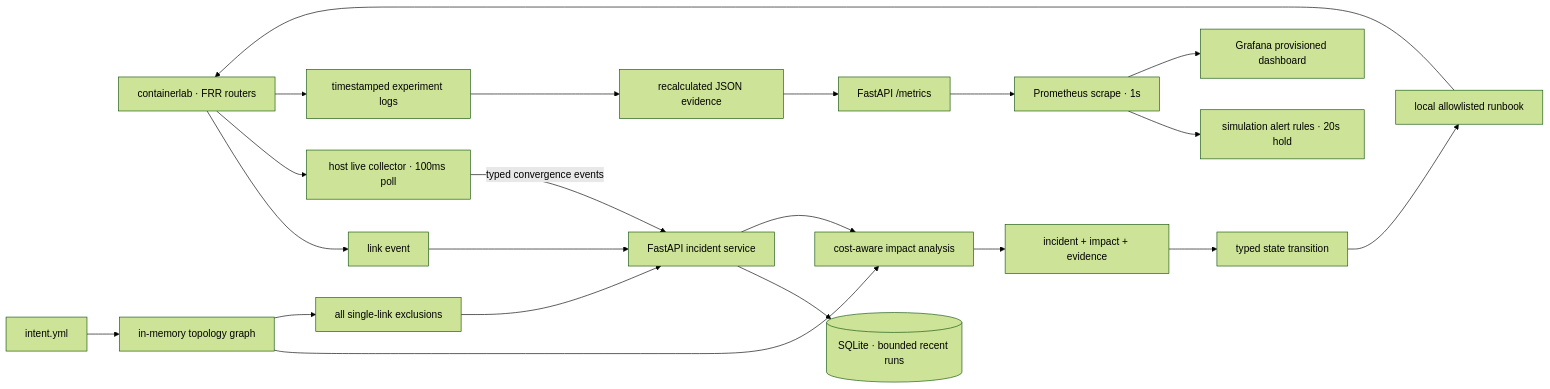
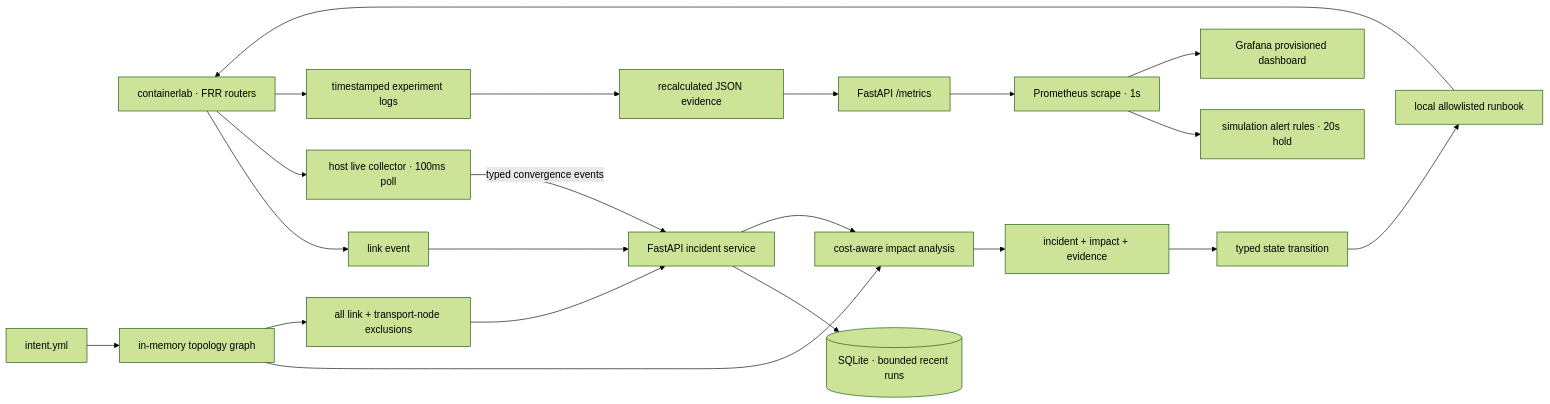
Before and after one commit to teriyakki-jin/telconet-sentinel: the first of 2 diagrams in docs/ARCHITECTURE.md, drawn with Mermaid (forest theme). The commit also changed other lines of this file and 14 other files, not shown here.

First line of the commit message:
Validate N-1 transport node failures (#23)

````diff
--- a/docs/ARCHITECTURE.md
+++ b/docs/ARCHITECTURE.md
@@ -7,23 +7,23 @@
 ```mermaid
 flowchart LR
     CLAB["containerlab · FRR routers"] --> EVENT["link event"]
     EVENT --> API["FastAPI incident service"]
     CLAB --> COLLECTOR["host live collector · 100ms poll"]
     COLLECTOR -->|"typed convergence events"| API
     API --> STORE[("SQLite · bounded recent runs")]
     INTENT["intent.yml"] --> GRAPH["in-memory topology graph"]
     GRAPH --> IMPACT["cost-aware impact analysis"]
-    GRAPH --> N1["all single-link exclusions"]
+    GRAPH --> N1["all link + transport-node exclusions"]
     N1 --> API
     API --> IMPACT
     IMPACT --> INCIDENT["incident + impact + evidence"]
     INCIDENT --> APPROVAL["typed state transition"]
     APPROVAL --> RUNBOOK["local allowlisted runbook"]
     RUNBOOK --> CLAB
     CLAB --> RAW["timestamped experiment logs"]
     RAW --> EVIDENCE["recalculated JSON evidence"]
     EVIDENCE --> METRICS["FastAPI /metrics"]
     METRICS --> PROM["Prometheus scrape · 1s"]
     PROM --> RULES["simulation alert rules · 20s hold"]
     PROM --> GRAFANA["Grafana provisioned dashboard"]
 ```
````
